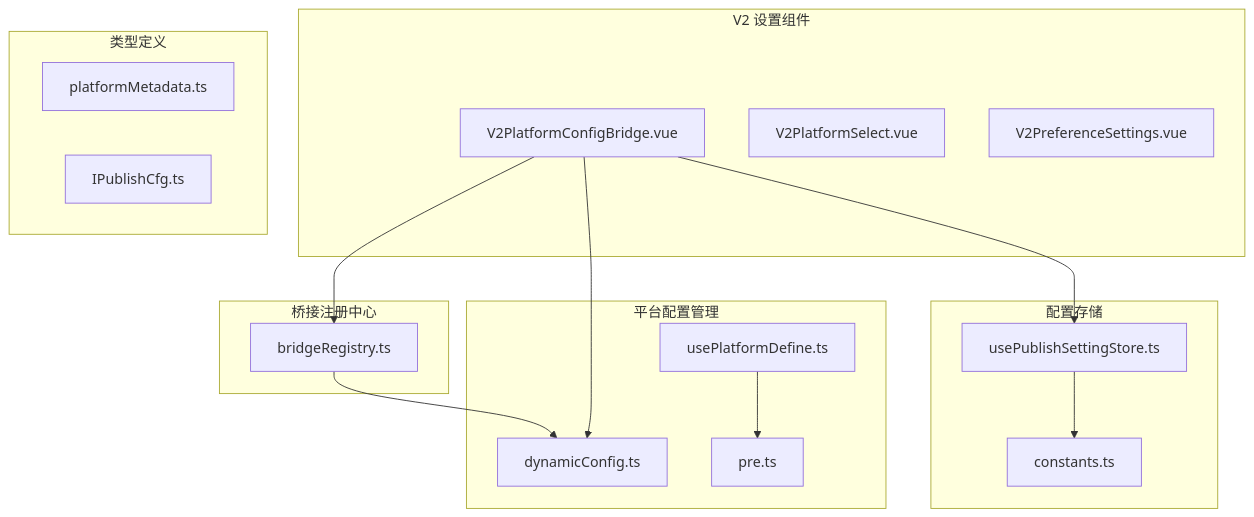
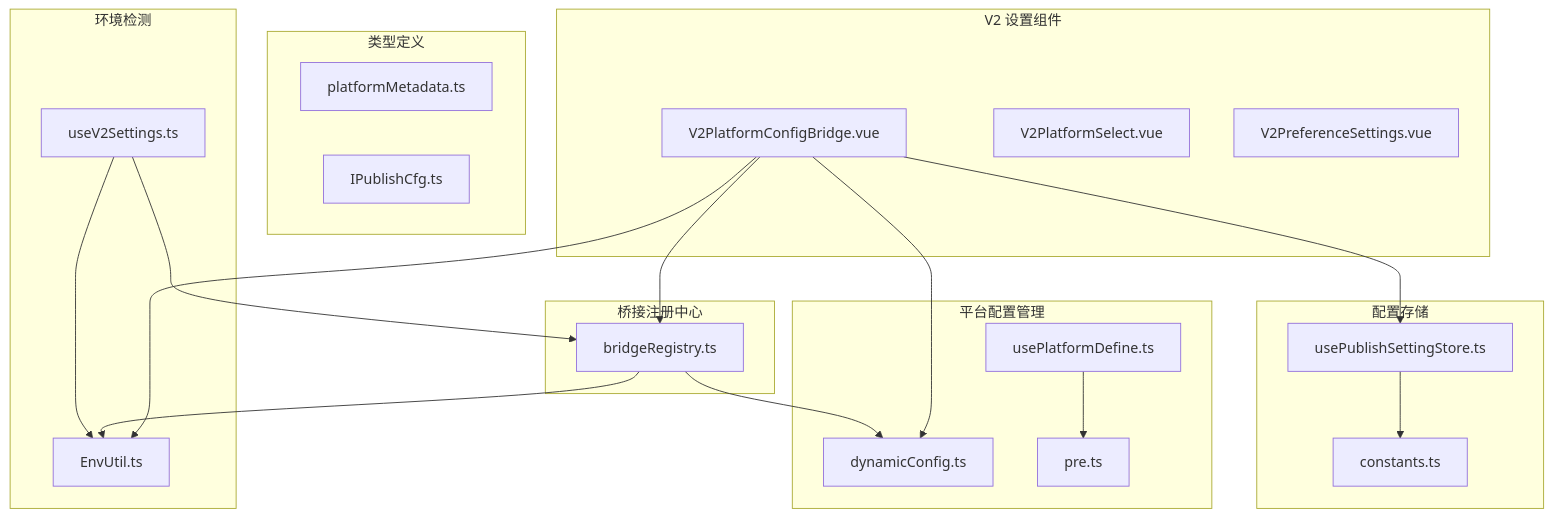
The first of 7 diagrams in .qoder/repowiki/zh/content/V2 平台配置桥组件.md (terwer/siyuan-plugin-publisher), drawn with Mermaid before and after one commit. The commit also changed other lines of this file and 49 other files, not shown here.

````diff
--- a/.qoder/repowiki/zh/content/V2 平台配置桥组件.md
+++ b/.qoder/repowiki/zh/content/V2 平台配置桥组件.md
@@ -51,30 +56,38 @@
 ```mermaid
 graph TB
 subgraph "V2 设置组件"
 A[V2PlatformConfigBridge.vue]
 B[V2PlatformSelect.vue]
 C[V2PreferenceSettings.vue]
 end
 subgraph "桥接注册中心"
 D[bridgeRegistry.ts]
 end
 subgraph "平台配置管理"
 E[dynamicConfig.ts]
 F[usePlatformDefine.ts]
 G[pre.ts]
 end
 subgraph "配置存储"
 H[usePublishSettingStore.ts]
 I[constants.ts]
 end
 subgraph "类型定义"
 J[platformMetadata.ts]
 K[IPublishCfg.ts]
 end
+subgraph "环境检测"
+L[EnvUtil.ts]
+M[useV2Settings.ts]
+end
 A --> D
 A --> E
 A --> H
+A --> L
 D --> E
+D --> L
 F --> G
 H --> I
+M --> D
+M --> L
 ```
````
